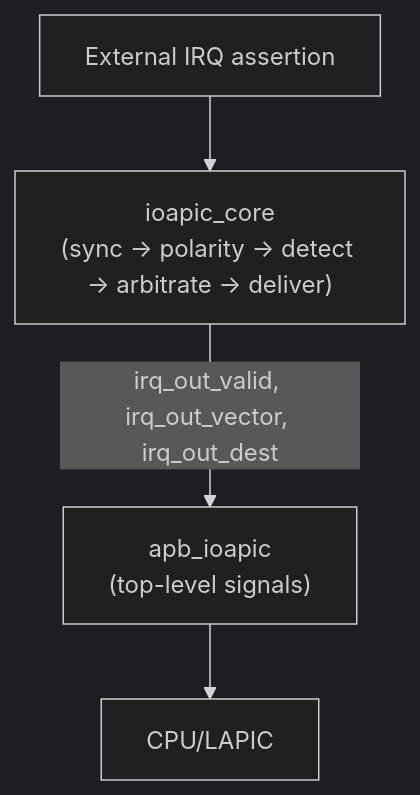
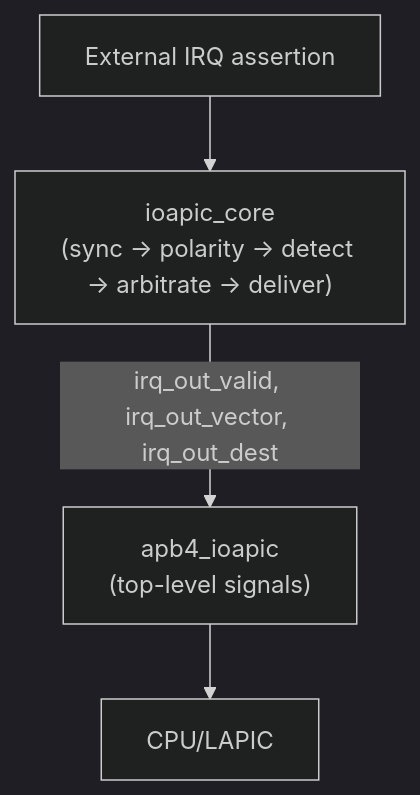
The third of 3 diagrams in projects/components/retro_legacy_blocks/docs/ioapic_mas/ch02_blocks/00_overview.md (sean-galloway/RTLDesignSherpa), drawn with Mermaid (dark theme) before and after one commit. The commit also changed other lines of this file and 751 other files, not shown here.

````diff
--- a/projects/components/retro_legacy_blocks/docs/ioapic_mas/ch02_blocks/00_overview.md
+++ b/projects/components/retro_legacy_blocks/docs/ioapic_mas/ch02_blocks/00_overview.md
@@ -110,6 +110,6 @@
 ```mermaid
 flowchart TD
     A["External IRQ assertion"] --> B["ioapic_core<br/>(sync → polarity → detect → arbitrate → deliver)"]
-    B -->|"irq_out_valid, irq_out_vector, irq_out_dest"| C["apb_ioapic<br/>(top-level signals)"]
+    B -->|"irq_out_valid, irq_out_vector, irq_out_dest"| C["apb4_ioapic<br/>(top-level signals)"]
     C --> D["CPU/LAPIC"]
 ```
````
